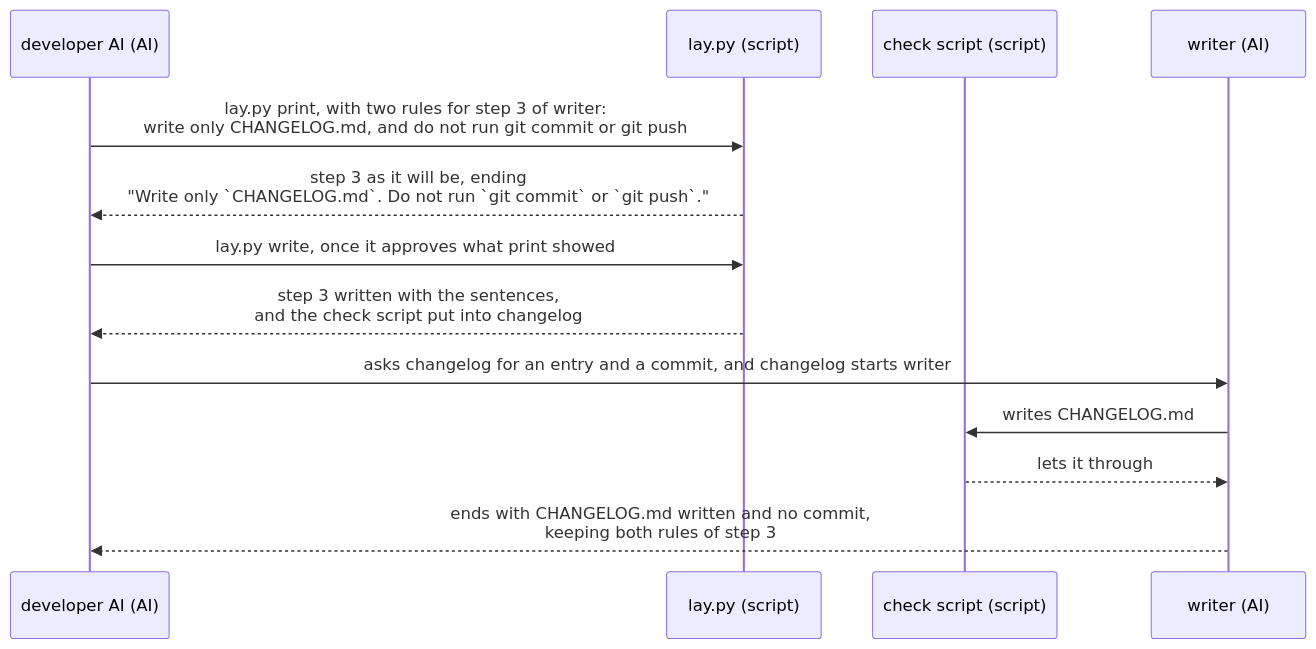
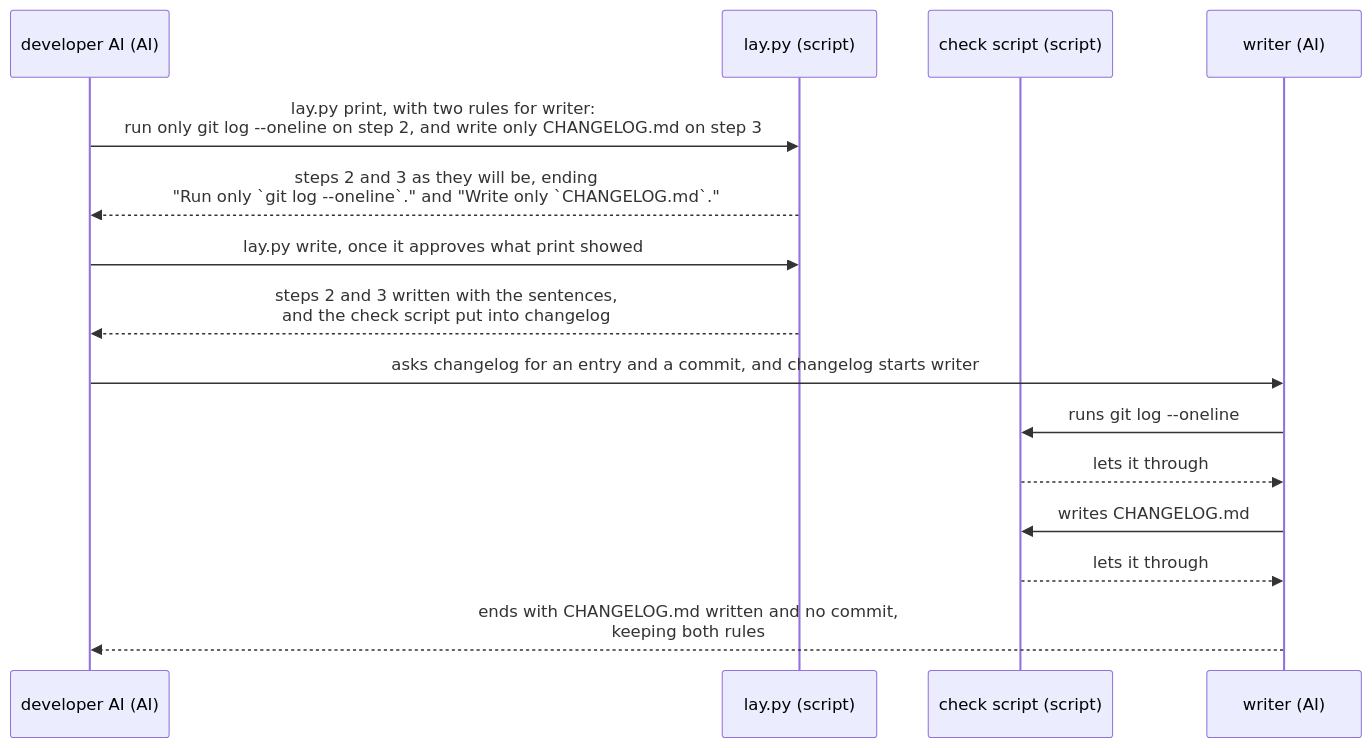
One commit to lovaizu/ccpm changed the first of 2 diagrams in dev/lane/ux.md. Above: the diagram before and after it, drawn with Mermaid. The commit also changed other lines of this file and 2 other files, not shown here.

First line of the commit message:
lane's UX on the settled shape: routes from a subagent's result to the next in place of the flow, a result given by the result script Lane puts in, and writer's commands named by what may run

````diff
--- a/dev/lane/ux.md
+++ b/dev/lane/ux.md
@@ -44,15 +47,17 @@
 ```mermaid
 sequenceDiagram
   participant A as developer AI (AI)
   participant L as lay.py (script)
   participant K as check script (script)
   participant W as writer (AI)
-  A->>L: lay.py print, with two rules for step 3 of writer:<br>write only CHANGELOG.md, and do not run git commit or git push
-  L-->>A: step 3 as it will be, ending<br>"Write only `CHANGELOG.md`. Do not run `git commit` or `git push`."
+  A->>L: lay.py print, with two rules for writer:<br>run only git log --oneline on step 2, and write only CHANGELOG.md on step 3
+  L-->>A: steps 2 and 3 as they will be, ending<br>"Run only `git log --oneline`." and "Write only `CHANGELOG.md`."
   A->>L: lay.py write, once it approves what print showed
-  L-->>A: step 3 written with the sentences,<br>and the check script put into changelog
+  L-->>A: steps 2 and 3 written with the sentences,<br>and the check script put into changelog
   A->>W: asks changelog for an entry and a commit, and changelog starts writer
+  W->>K: runs git log --oneline
+  K-->>W: lets it through
   W->>K: writes CHANGELOG.md
   K-->>W: lets it through
-  W-->>A: ends with CHANGELOG.md written and no commit,<br>keeping both rules of step 3
+  W-->>A: ends with CHANGELOG.md written and no commit,<br>keeping both rules
 ```
````
